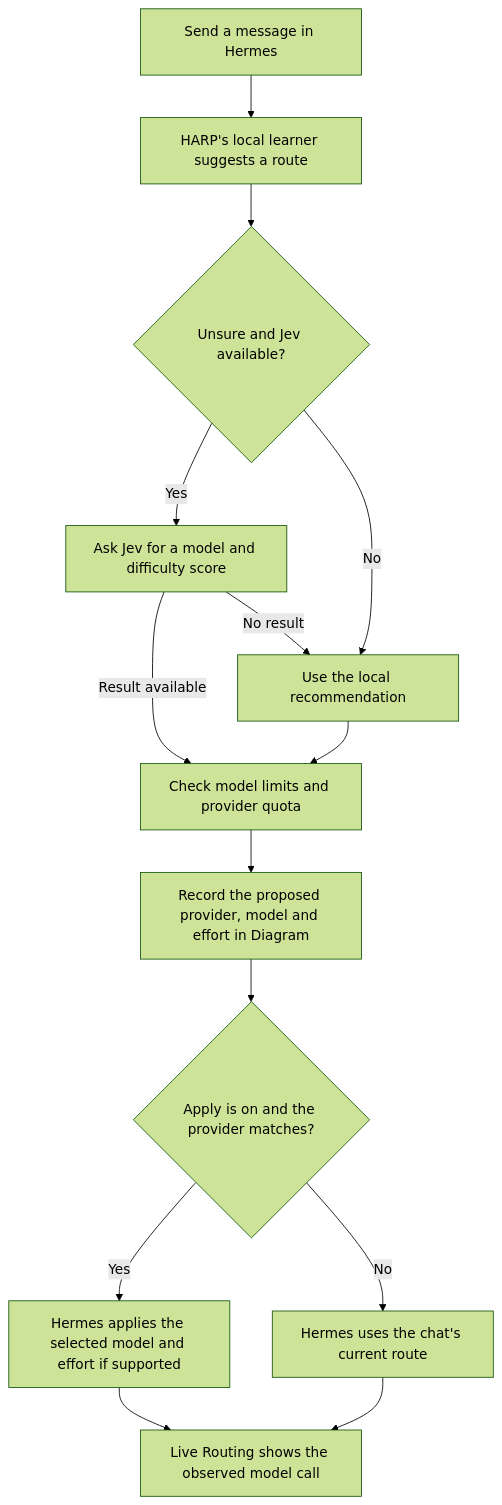
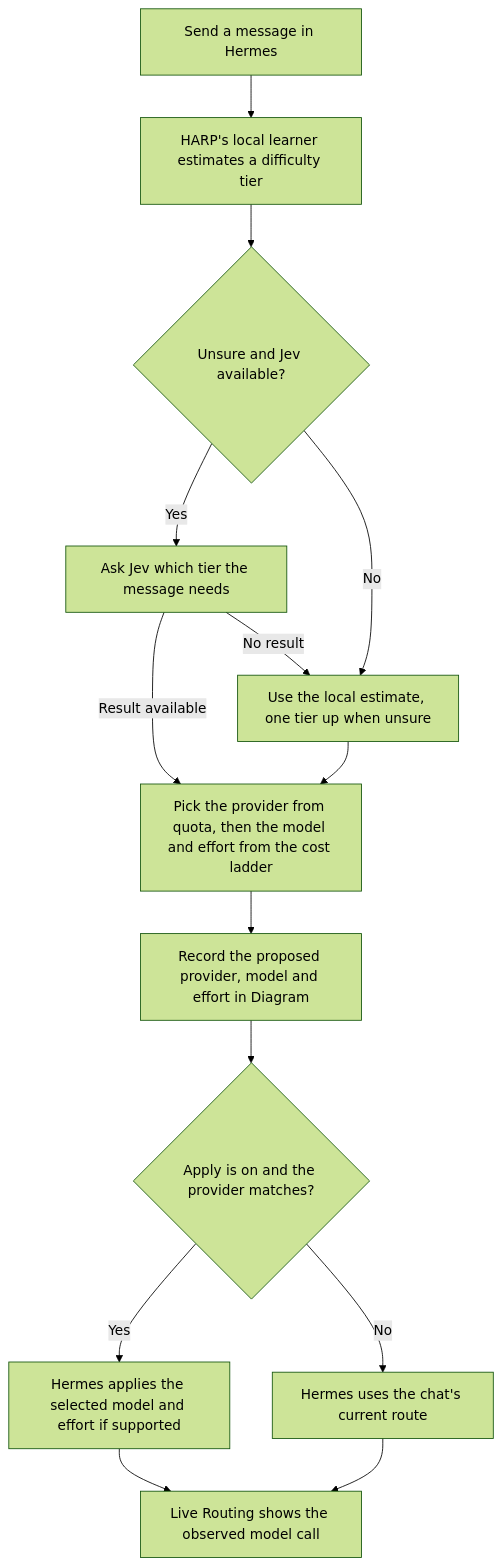
Before and after one commit to Antony-12s/hermes-adaptive-router-plugin: the diagram in README.md, drawn with Mermaid (forest theme). The commit also changed other lines of this file and 24 other files, not shown here.

````diff
--- a/README.md
+++ b/README.md
@@ -52,16 +52,16 @@
 ```mermaid
 flowchart TD
-    A["Send a message in Hermes"] --> B["HARP's local learner suggests a route"]
+    A["Send a message in Hermes"] --> B["HARP's local learner estimates a difficulty tier"]
     B --> C{"Unsure and Jev available?"}
-    C -->|Yes| D["Ask Jev for a model and difficulty score"]
-    C -->|No| E["Use the local recommendation"]
-    D -->|Result available| F["Check model limits and provider quota"]
+    C -->|Yes| D["Ask Jev which tier the message needs"]
+    C -->|No| E["Use the local estimate, one tier up when unsure"]
+    D -->|Result available| F["Pick the provider from quota, then the model and effort from the cost ladder"]
     D -->|No result| E
     E --> F
     F --> G["Record the proposed provider, model and effort in Diagram"]
     G --> H{"Apply is on and the provider matches?"}
     H -->|Yes| I["Hermes applies the selected model and effort if supported"]
     H -->|No| J["Hermes uses the chat's current route"]
     I --> K["Live Routing shows the observed model call"]
     J --> K
 ```
````
